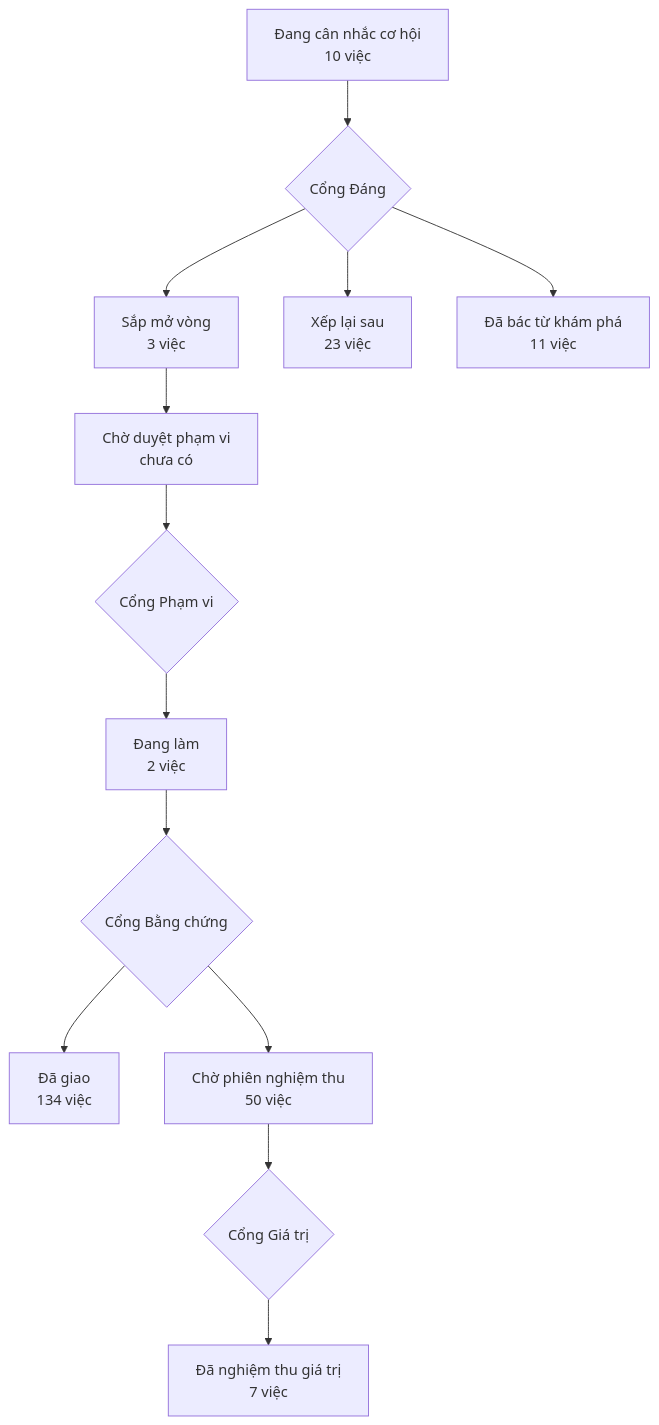
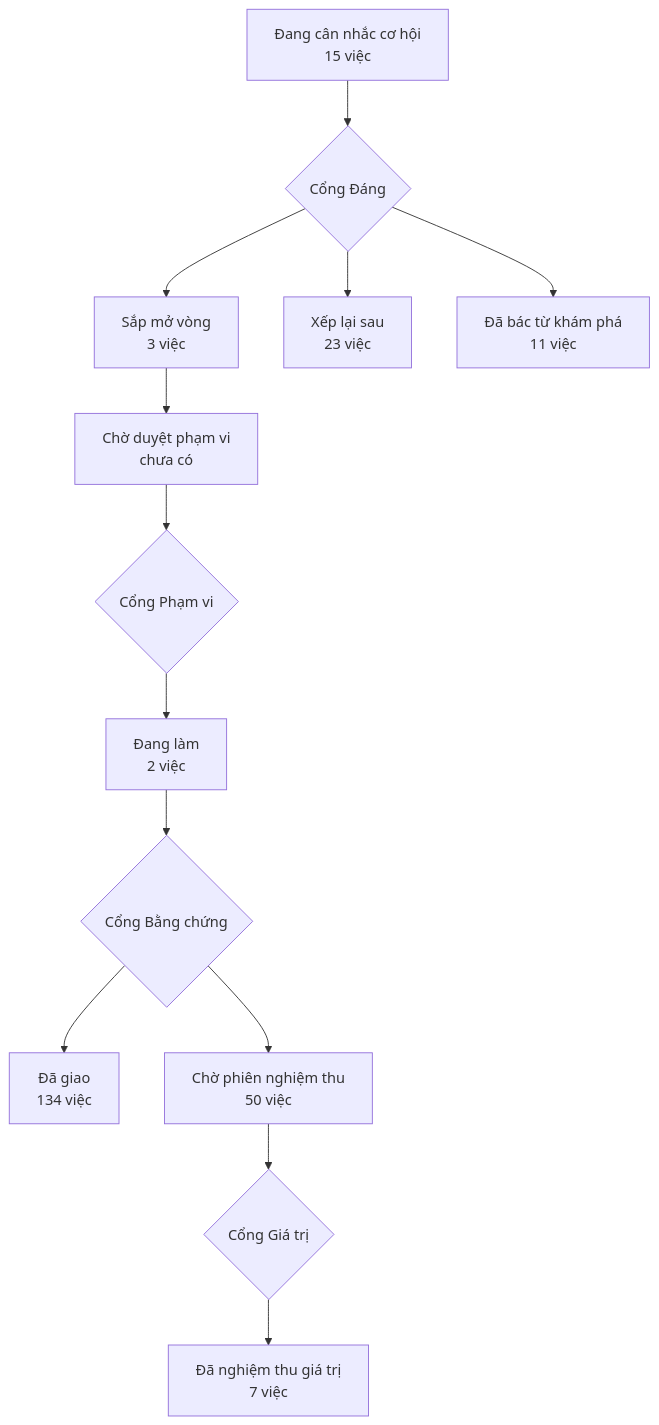
The diagram in PRODUCT-MAP.md (phanlemanh/acceptance-gate-kit), drawn with Mermaid before and after one commit. The commit also changed other lines of this file and 11 other files, not shown here.

First line of the commit message:
docs(o-tinh-chinh): mở năm ô TC1–TC5 từ hàng lộ trình, chờ Cổng Đáng

````diff
--- a/PRODUCT-MAP.md
+++ b/PRODUCT-MAP.md
@@ -7,12 +7,12 @@
 ```mermaid
 flowchart TD
-  A["Đang cân nhắc cơ hội<br/>10 việc"] --> GD{"Cổng Đáng"}
+  A["Đang cân nhắc cơ hội<br/>15 việc"] --> GD{"Cổng Đáng"}
   GD --> B["Sắp mở vòng<br/>3 việc"]
   GD --> XL["Xếp lại sau<br/>23 việc"]
   GD --> DB["Đã bác từ khám phá<br/>11 việc"]
   B --> CD["Chờ duyệt phạm vi<br/>chưa có"] --> GP{"Cổng Phạm vi"}
   GP --> DL["Đang làm<br/>2 việc"] --> GB{"Cổng Bằng chứng"}
   GB --> DG["Đã giao<br/>134 việc"]
   GB --> CN["Chờ phiên nghiệm thu<br/>50 việc"] --> GG{"Cổng Giá trị"}
   GG --> NT["Đã nghiệm thu giá trị<br/>7 việc"]
 ```
````
